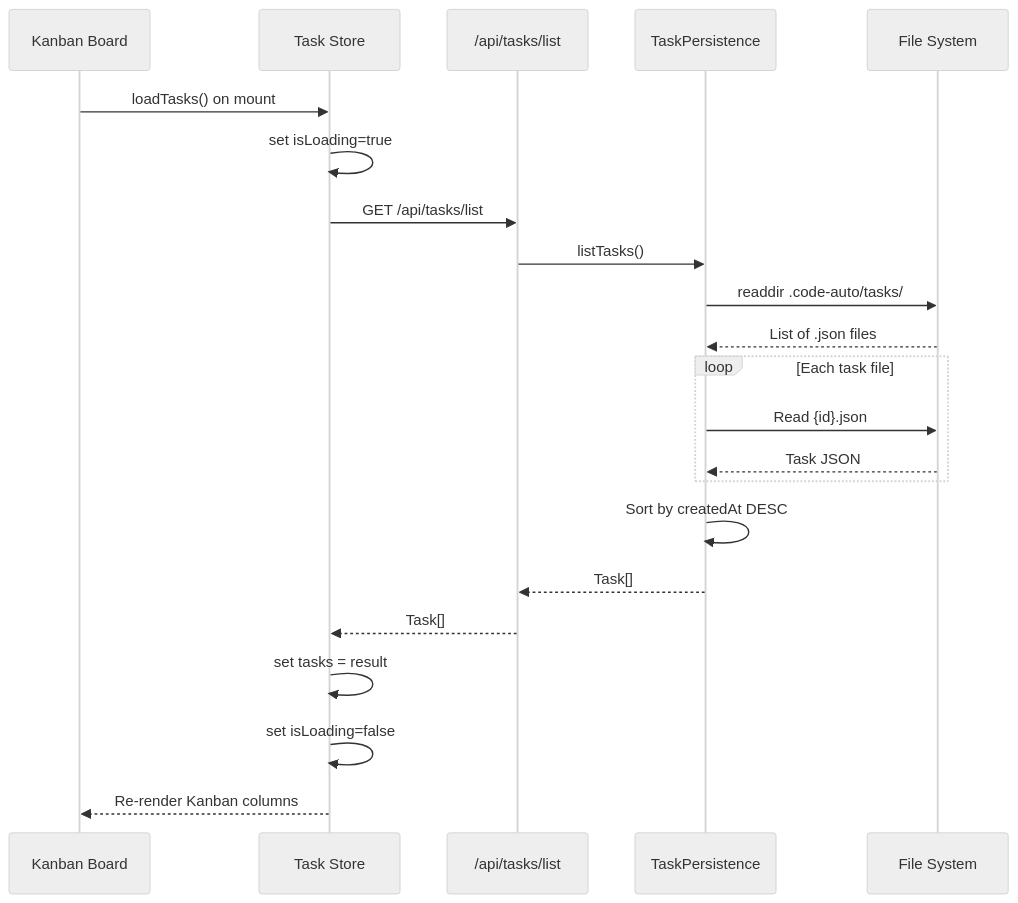
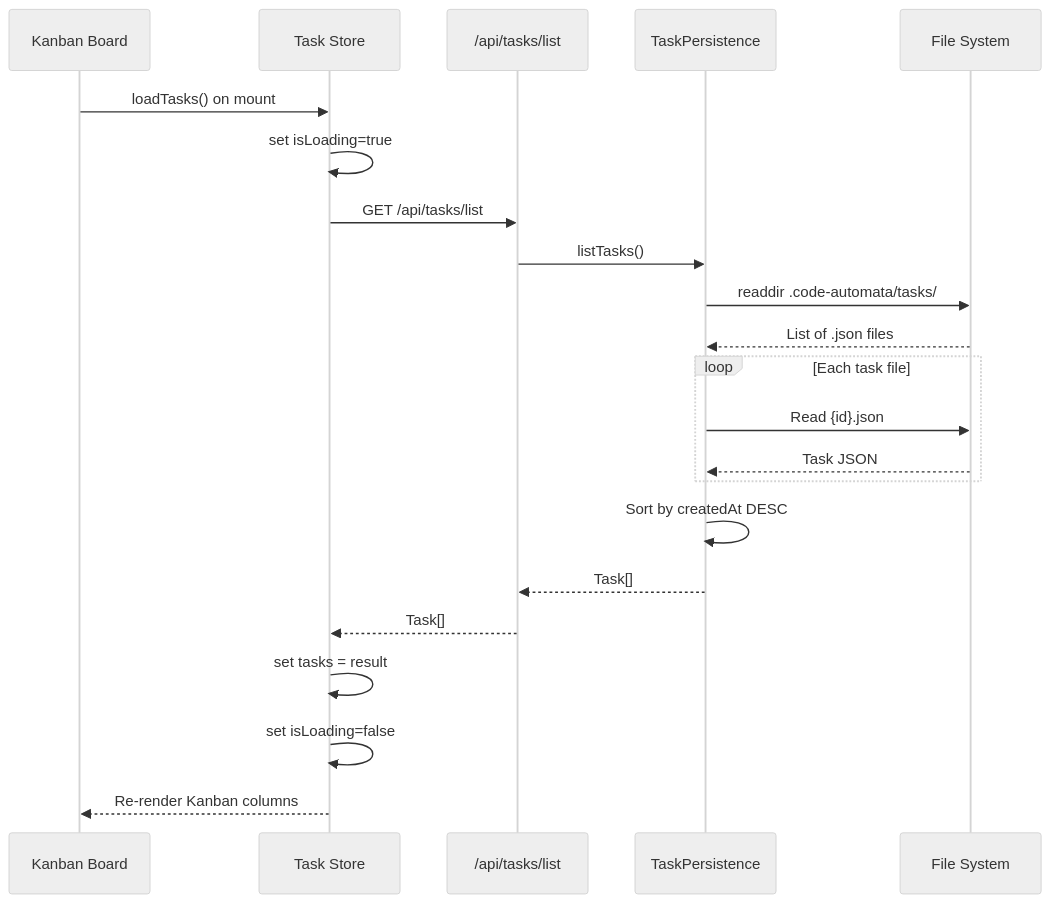
Before and after one commit to danted4/Code-Auto: the fifth of 5 diagrams in docs/DATA_FLOW.md, drawn with Mermaid (neutral theme). The commit also changed other lines of this file and 73 other files, not shown here.

````diff
--- a/docs/DATA_FLOW.md
+++ b/docs/DATA_FLOW.md
@@ -234,25 +234,25 @@
 ```mermaid
 sequenceDiagram
     participant UI as Kanban Board
     participant Store as Task Store
     participant API as /api/tasks/list
     participant Persist as TaskPersistence
     participant FS as File System
 
     UI->>Store: loadTasks() on mount
     Store->>Store: set isLoading=true
     Store->>API: GET /api/tasks/list
     API->>Persist: listTasks()
-    Persist->>FS: readdir .code-auto/tasks/
+    Persist->>FS: readdir .code-automata/tasks/
     FS-->>Persist: List of .json files
     loop Each task file
         Persist->>FS: Read {id}.json
         FS-->>Persist: Task JSON
     end
     Persist->>Persist: Sort by createdAt DESC
     Persist-->>API: Task[]
     API-->>Store: Task[]
     Store->>Store: set tasks = result
     Store->>Store: set isLoading=false
     Store-->>UI: Re-render Kanban columns
 ```
````
